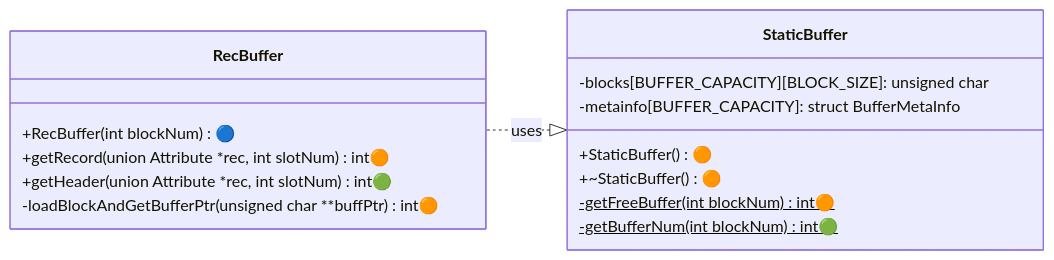
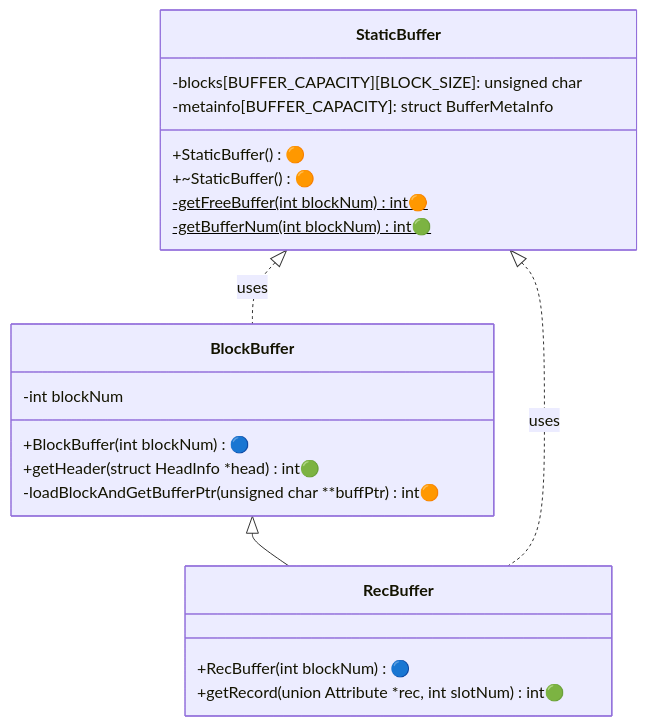
Before and after one commit to NITCbase/nitcbase.github.io: the first of 3 diagrams in docs/Roadmap/Stage03.md, drawn with Mermaid. The commit also changed other lines of this file and 1 other file, not shown here.

````diff
--- a/docs/Roadmap/Stage03.md
+++ b/docs/Roadmap/Stage03.md
@@ -43,19 +43,25 @@
 ```mermaid
 classDiagram
-  direction RL
+  direction TD
+  BlockBuffer <|-- RecBuffer
+  StaticBuffer<|..RecBuffer : uses
+  StaticBuffer<|..BlockBuffer : uses
   class RecBuffer{
     +RecBuffer(int blockNum) 🔵
-    +getRecord(union Attribute *rec, int slotNum) int🟠
-    +getHeader(union Attribute *rec, int slotNum) int🟢
+    +getRecord(union Attribute *rec, int slotNum) int🟢
+  }
+  class BlockBuffer{
+    -int blockNum
+    +BlockBuffer(int blockNum) 🔵
+    +getHeader(struct HeadInfo *head) int🟢
     -loadBlockAndGetBufferPtr(unsigned char **buffPtr) int🟠
   }
   class StaticBuffer{
     -blocks[BUFFER_CAPACITY][BLOCK_SIZE]: unsigned char
     -metainfo[BUFFER_CAPACITY]: struct BufferMetaInfo
     +StaticBuffer() 🟠
     +~StaticBuffer() 🟠
     -getFreeBuffer(int blockNum)$ int🟠
     -getBufferNum(int blockNum)$ int🟢
   }
-  StaticBuffer<|..RecBuffer : uses
 ```
````
